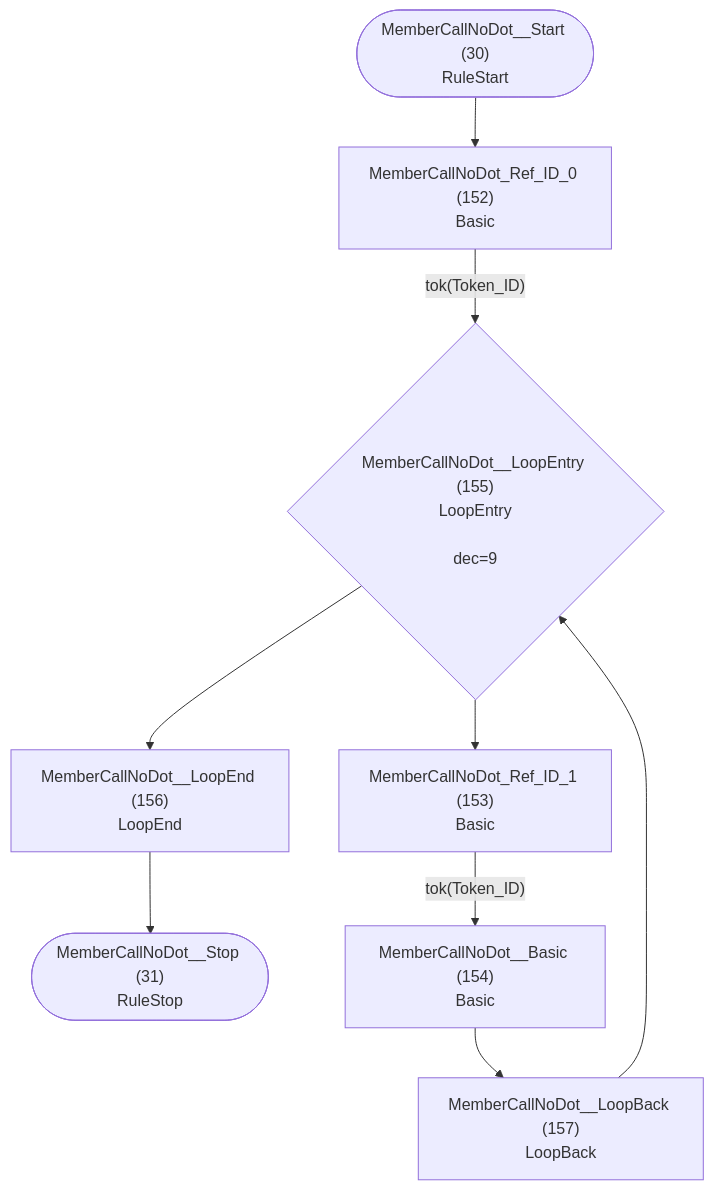
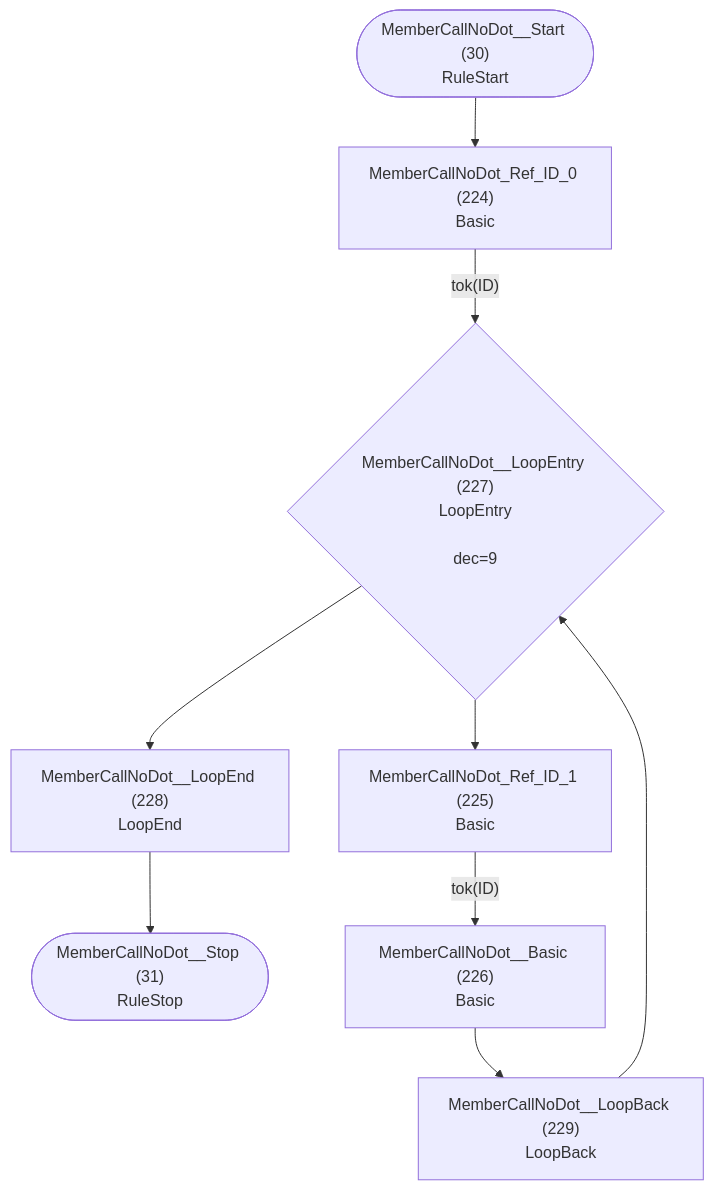
Before and after one commit to TypeFox/fastbelt: diagram 16 of 46 in internal/languages/completion/atn.md, drawn with Mermaid. The commit also changed other lines of this file and 58 other files, not shown here.

````diff
--- a/internal/languages/completion/atn.md
+++ b/internal/languages/completion/atn.md
@@ -390,20 +455,20 @@
 ```mermaid
 flowchart TD
     q30(["MemberCallNoDot__Start (30)<br/>RuleStart"])
     q31(["MemberCallNoDot__Stop (31)<br/>RuleStop"])
-    q152["MemberCallNoDot_Ref_ID_0 (152)<br/>Basic<br/>"]
-    q153["MemberCallNoDot_Ref_ID_1 (153)<br/>Basic<br/>"]
-    q154["MemberCallNoDot__Basic (154)<br/>Basic<br/>"]
-    q155{"MemberCallNoDot__LoopEntry (155)<br/>LoopEntry<br/><br/>dec=9"}
-    q156["MemberCallNoDot__LoopEnd (156)<br/>LoopEnd<br/>"]
-    q157["MemberCallNoDot__LoopBack (157)<br/>LoopBack<br/>"]
+    q224["MemberCallNoDot_Ref_ID_0 (224)<br/>Basic<br/>"]
+    q225["MemberCallNoDot_Ref_ID_1 (225)<br/>Basic<br/>"]
+    q226["MemberCallNoDot__Basic (226)<br/>Basic<br/>"]
+    q227{"MemberCallNoDot__LoopEntry (227)<br/>LoopEntry<br/><br/>dec=9"}
+    q228["MemberCallNoDot__LoopEnd (228)<br/>LoopEnd<br/>"]
+    q229["MemberCallNoDot__LoopBack (229)<br/>LoopBack<br/>"]
 
-    q30 --> q152
-    q152 -->|"tok(Token_ID)"| q155
-    q153 -->|"tok(Token_ID)"| q154
-    q154 --> q157
-    q155 --> q153
-    q155 --> q156
-    q156 --> q31
-    q157 --> q155
+    q30 --> q224
+    q224 -->|"tok(ID)"| q227
+    q225 -->|"tok(ID)"| q226
+    q226 --> q229
+    q227 --> q225
+    q227 --> q228
+    q228 --> q31
+    q229 --> q227
 ```
````
